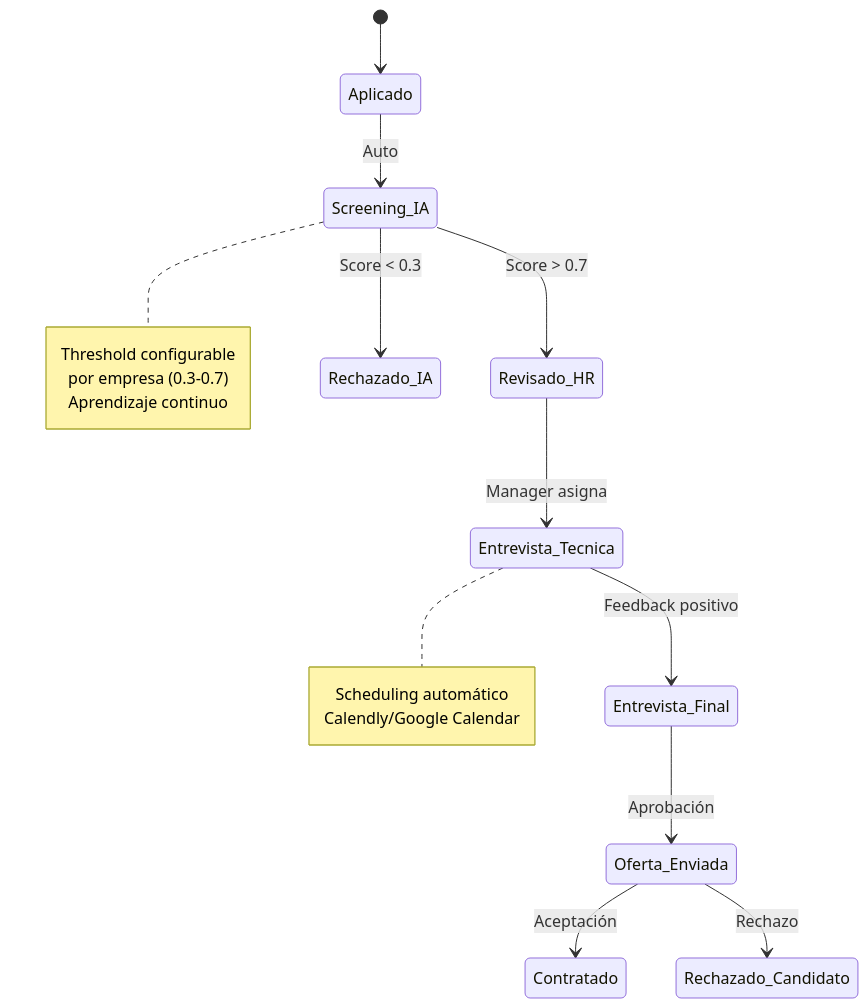
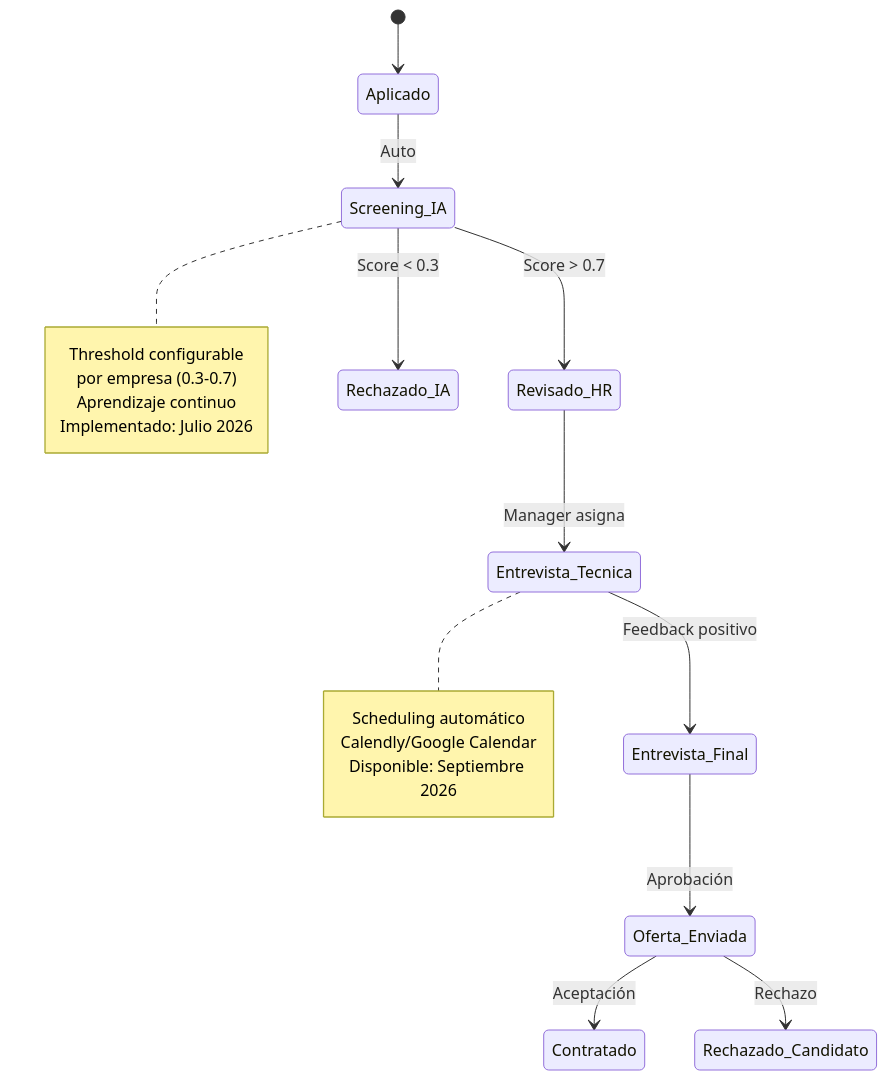
One commit to jialvarez/AI4Devs-design-1-2026-03_srII changed the second of 6 diagrams in LTI_NAR.md. Above: the diagram before and after it, drawn with Mermaid. The commit also changed other lines of this file, not shown here.

````diff
--- a/LTI_NAR.md
+++ b/LTI_NAR.md
@@ -75,23 +120,25 @@
 ```mermaid
 stateDiagram-v2
     [*] --> Aplicado
     Aplicado --> Screening_IA: Auto
     Screening_IA --> Revisado_HR: Score > 0.7
     Screening_IA --> Rechazado_IA: Score < 0.3
     Revisado_HR --> Entrevista_Tecnica: Manager asigna
     Entrevista_Tecnica --> Entrevista_Final: Feedback positivo
     Entrevista_Final --> Oferta_Enviada: Aprobación
     Oferta_Enviada --> Contratado: Aceptación
     Oferta_Enviada --> Rechazado_Candidato: Rechazo
     
     note right of Screening_IA
         Threshold configurable
         por empresa (0.3-0.7)
         Aprendizaje continuo
+        Implementado: Julio 2026
     end note
     
     note right of Entrevista_Tecnica
         Scheduling automático
         Calendly/Google Calendar
+        Disponible: Septiembre 2026
     end note
 ```
````
